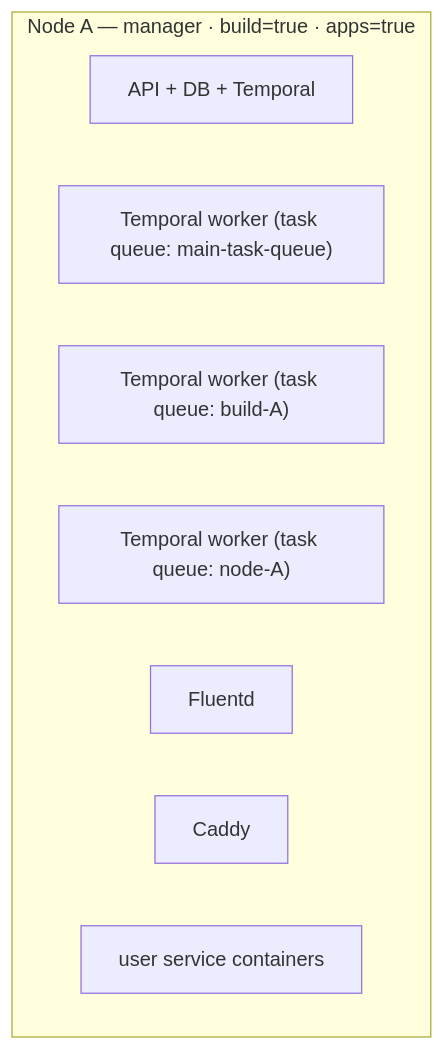
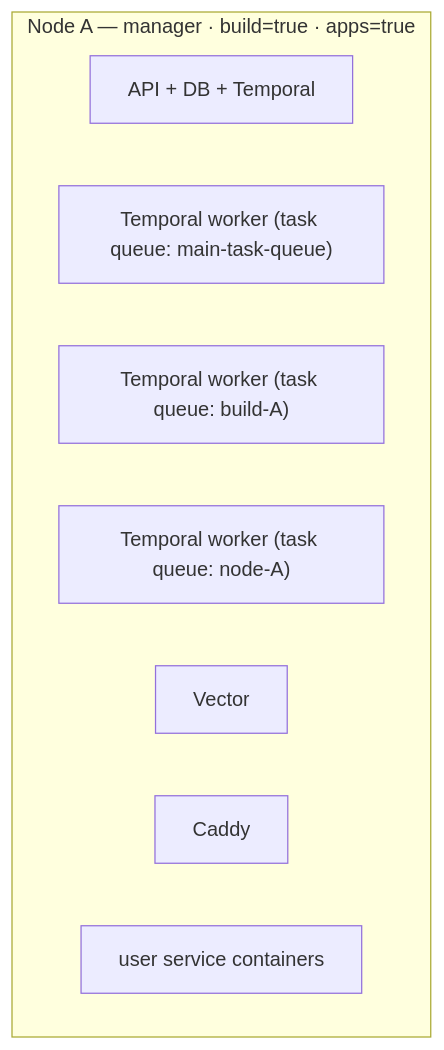
The first of 7 diagrams in backend/notes/multi-server-plan.md (zane-ops/zane-ops), drawn with Mermaid before and after one commit. The commit also changed other lines of this file and 1 other file, not shown here.

````diff
--- a/backend/notes/multi-server-plan.md
+++ b/backend/notes/multi-server-plan.md
@@ -484,12 +482,12 @@
 ```mermaid
 flowchart TB
     subgraph A["Node A — manager · build=true · apps=true"]
         api["API + DB + Temporal"]
         mainq["Temporal worker (task queue: main-task-queue)"]
         buildq["Temporal worker (task queue: build-A)"]
         nodeq["Temporal worker (task queue: node-A)"]
-        fluentd["Fluentd"]
+        vector["Vector"]
         caddy["Caddy"]
         apps["user service containers"]
     end
 ```
````
